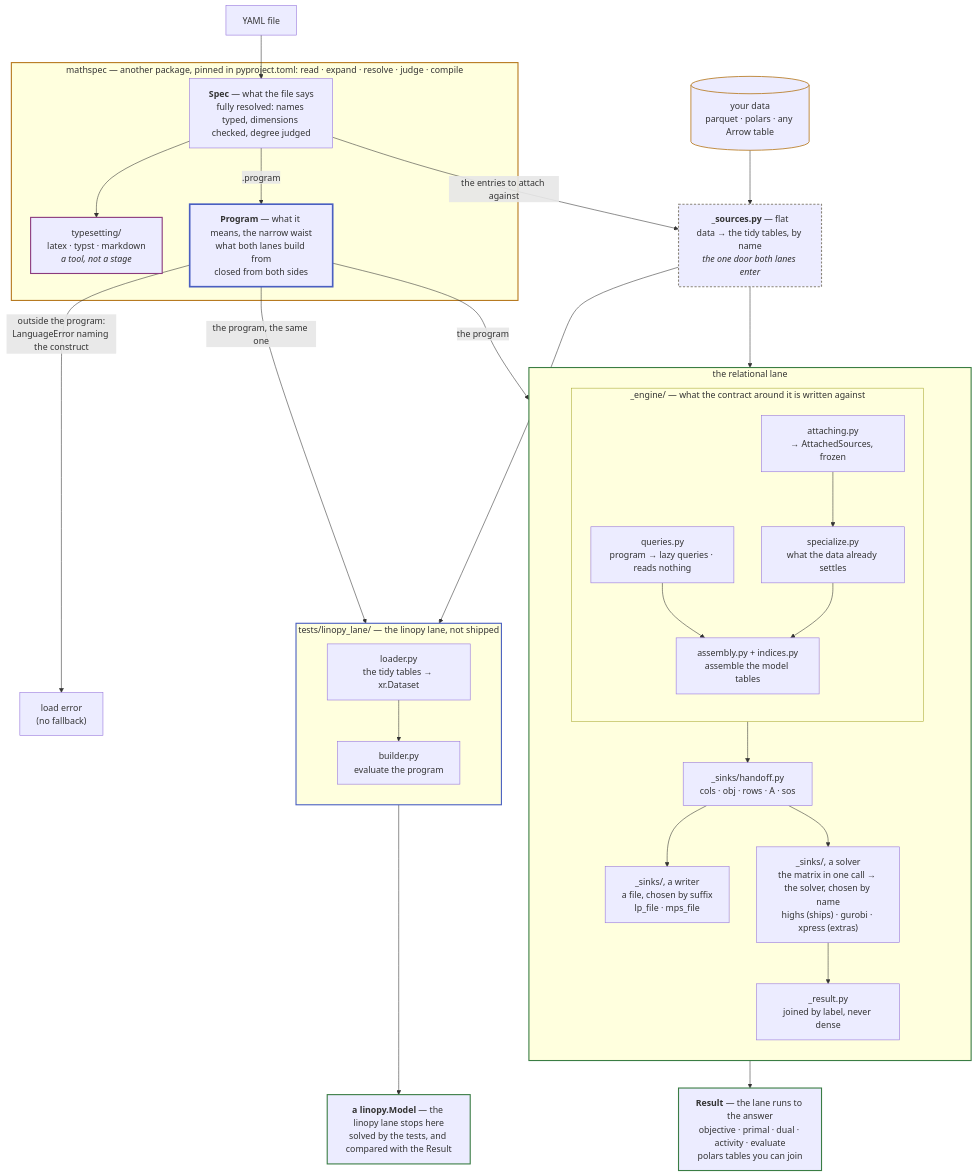
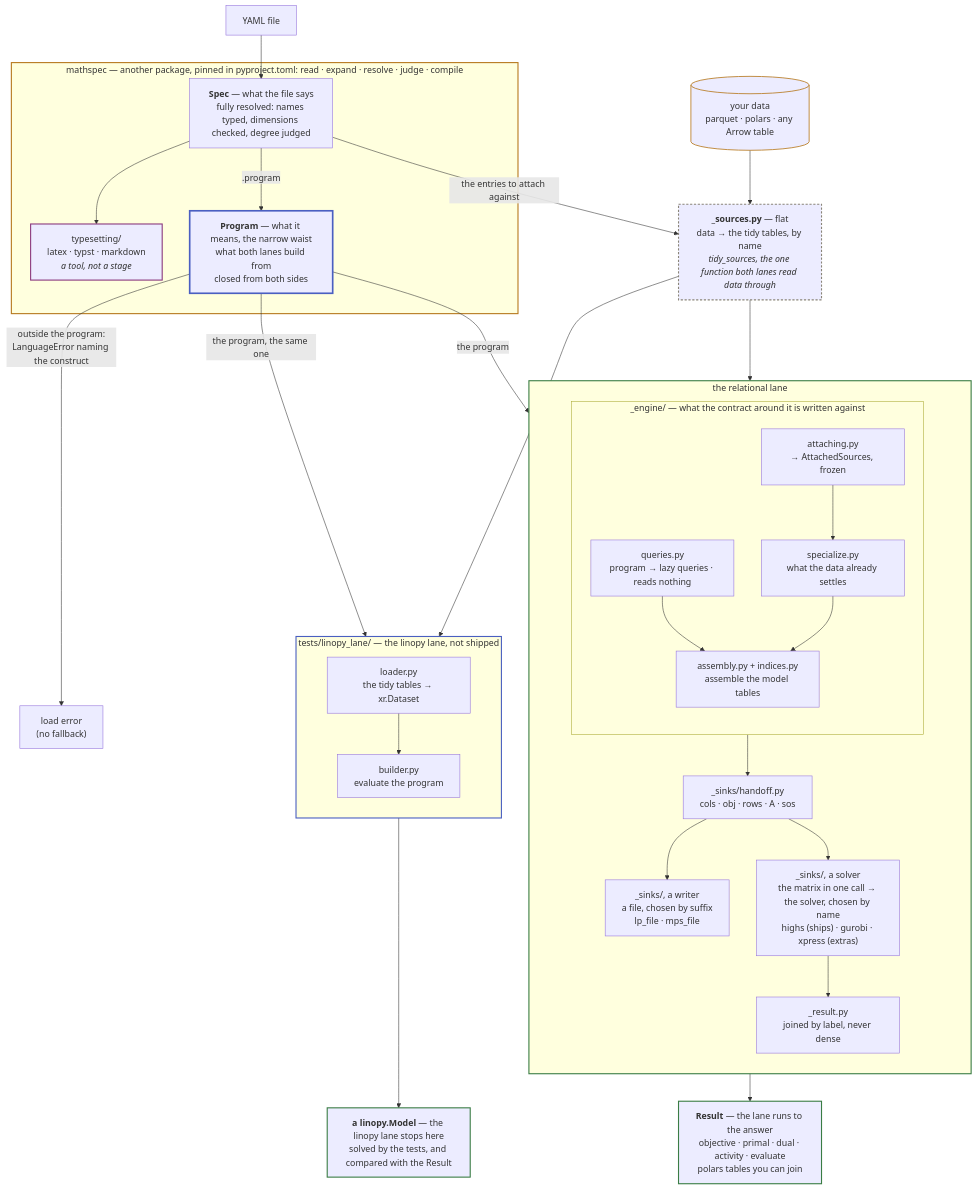
The diagram in docs/development/architecture.md (fluxopt/specsolve), drawn with Mermaid before and after one commit. The commit also changed other lines of this file and 28 other files, not shown here.

First line of the commit message:
chore: the spec's and the data's one way in are named, not called a door or a gate

````diff
--- a/docs/development/architecture.md
+++ b/docs/development/architecture.md
@@ -19,60 +19,60 @@
 ```mermaid
 flowchart TB
     Y[YAML file] --> SPEC
     DATA[("your data<br/>parquet · polars · any Arrow table")] --> SRC
 
     subgraph MS["mathspec — another package, pinned in pyproject.toml: read · expand · resolve · judge · compile"]
         SPEC["<b>Spec</b> — what the file says<br/>fully resolved: names typed, dimensions checked, degree judged"]
         SPEC --> TS["typesetting/<br/>latex · typst · markdown<br/><i>a tool, not a stage</i>"]
         SPEC -->|".program"| PLAN["<b>Program</b> — what it means, the narrow waist<br/>what both lanes build from<br/>closed from both sides"]
     end
 
     SPEC -->|"the entries to attach against"| SRC
-    SRC["<b>_sources.py</b> — flat<br/>data → the tidy tables, by name<br/><i>the one door both lanes enter</i>"]
+    SRC["<b>_sources.py</b> — flat<br/>data → the tidy tables, by name<br/><i>tidy_sources, the one function both lanes read data through</i>"]
 
     PLAN -->|"outside the program:<br/>LanguageError naming the construct"| ERR["load error<br/>(no fallback)"]
     PLAN -->|"the program"| QUERIES
     SRC --> ATTACH
     PLAN -->|"the program, the same one"| BUILD
     SRC --> LOAD
 
     subgraph REL["the relational lane"]
         direction TB
         subgraph ENG["_engine/ — what the contract around it is written against"]
             direction TB
             QUERIES["queries.py<br/>program → lazy queries · reads nothing"] --> ENGINE
             ATTACH["attaching.py<br/>→ AttachedSources, frozen"] --> SPECIALIZE["specialize.py<br/>what the data already settles"]
             SPECIALIZE --> ENGINE["assembly.py + indices.py<br/>assemble the model tables"]
         end
         ENG --> TABLES["_sinks/handoff.py<br/>cols · obj · rows · A · sos"]
         TABLES --> LPS["_sinks/, a writer<br/>a file, chosen by suffix<br/>lp_file · mps_file"]
         TABLES --> DIRECT["_sinks/, a solver<br/>the matrix in one call → the solver, chosen by name<br/>highs (ships) · gurobi · xpress (extras)"]
         DIRECT --> SOL["_result.py<br/>joined by label, never dense"]
     end
 
     SOL --> ANS["<b>Result</b> — the lane runs to the answer<br/>objective · primal · dual · activity · evaluate<br/>polars tables you can join"]
 
     subgraph LIN["tests/linopy_lane/ — the linopy lane, not shipped"]
         direction TB
         LOAD["loader.py<br/>the tidy tables → xr.Dataset"] --> BUILD["builder.py<br/>evaluate the program"]
     end
 
     BUILD --> MODEL["<b>a linopy.Model</b> — the linopy lane stops here<br/>solved by the tests, and compared with the Result"]
 
     classDef laneL stroke:#b7791f,stroke-width:2px
     classDef laneR stroke:#3a7d44,stroke-width:2px
     classDef laneE stroke:#4a5fc1,stroke-width:2px
     classDef laneT stroke:#8b3a7d,stroke-width:2px
     classDef waist stroke:#4a5fc1,stroke-width:3px
     classDef flat stroke:#8a8578,stroke-width:2px,stroke-dasharray:4 3
     classDef data stroke:#b7791f,stroke-width:1.5px
     classDef out stroke:#3a7d44,stroke-width:2px
     class MS laneL
     class REL laneR
     class LIN laneE
     class TS laneT
     class PLAN waist
     class SRC flat
     class DATA data
     class ANS,MODEL out
 ```
````
